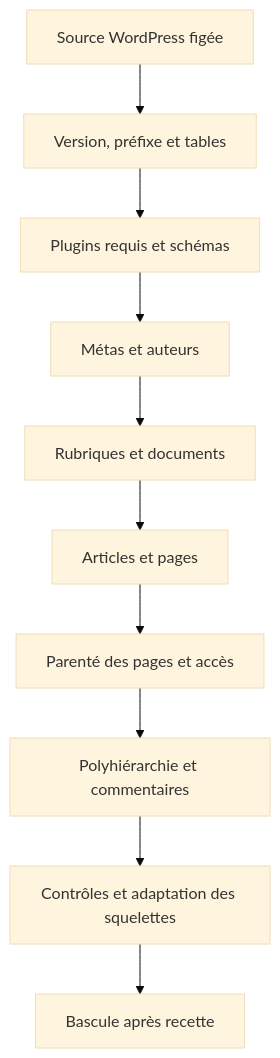
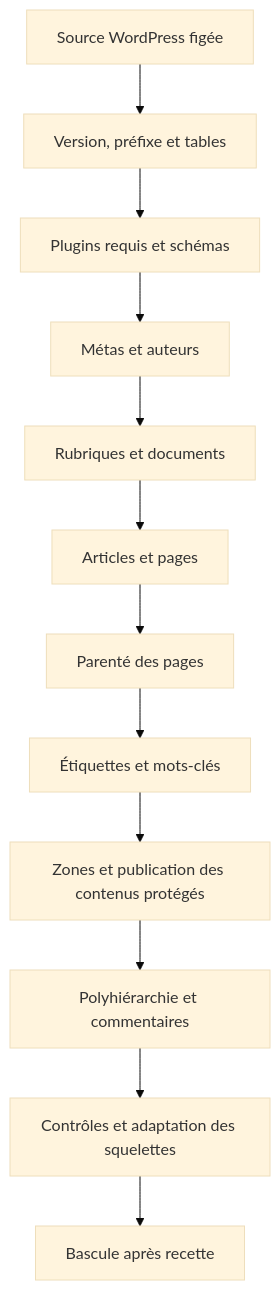
One commit to epilibre-design/wordpress-to-spip-migrator changed the diagram in docs/site/comprendre/traitements.md. Above: the diagram before and after it, drawn with Mermaid (base theme). The commit also changed other lines of this file and 30 other files, not shown here.

````diff
--- a/docs/site/comprendre/traitements.md
+++ b/docs/site/comprendre/traitements.md
@@ -5,12 +5,14 @@
 ```mermaid
 flowchart TD
   S[Source WordPress figée] --> V[Version, préfixe et tables]
   V --> P[Plugins requis et schémas]
   P --> M[Métas et auteurs]
   M --> R[Rubriques et documents]
   R --> A[Articles et pages]
-  A --> H[Parenté des pages et accès]
-  H --> L[Polyhiérarchie et commentaires]
+  A --> H[Parenté des pages]
+  H --> E[Étiquettes et mots-clés]
+  E --> Z[Zones et publication des contenus protégés]
+  Z --> L[Polyhiérarchie et commentaires]
   L --> C[Contrôles et adaptation des squelettes]
   C --> B[Bascule après recette]
 ```
````
